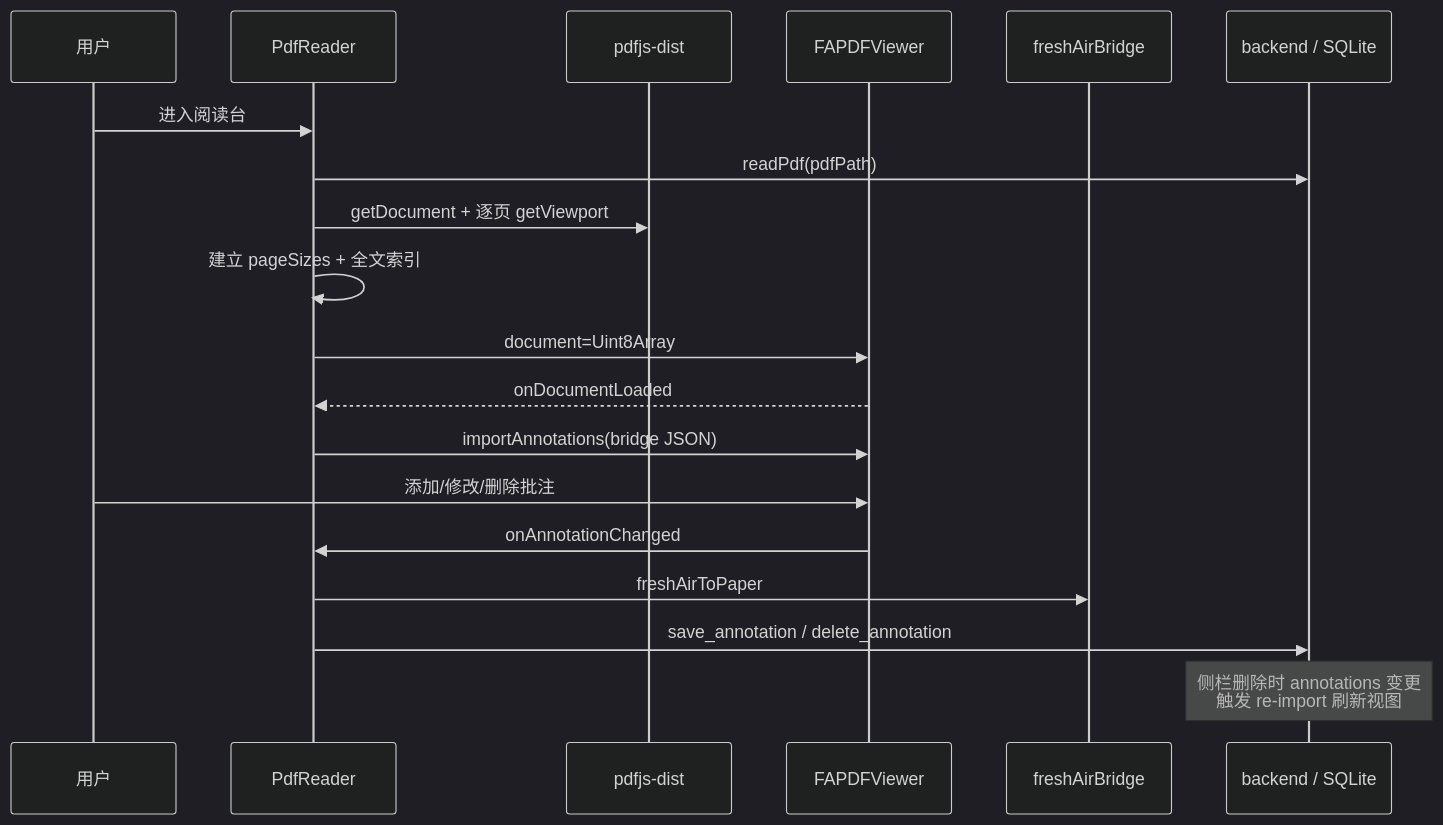
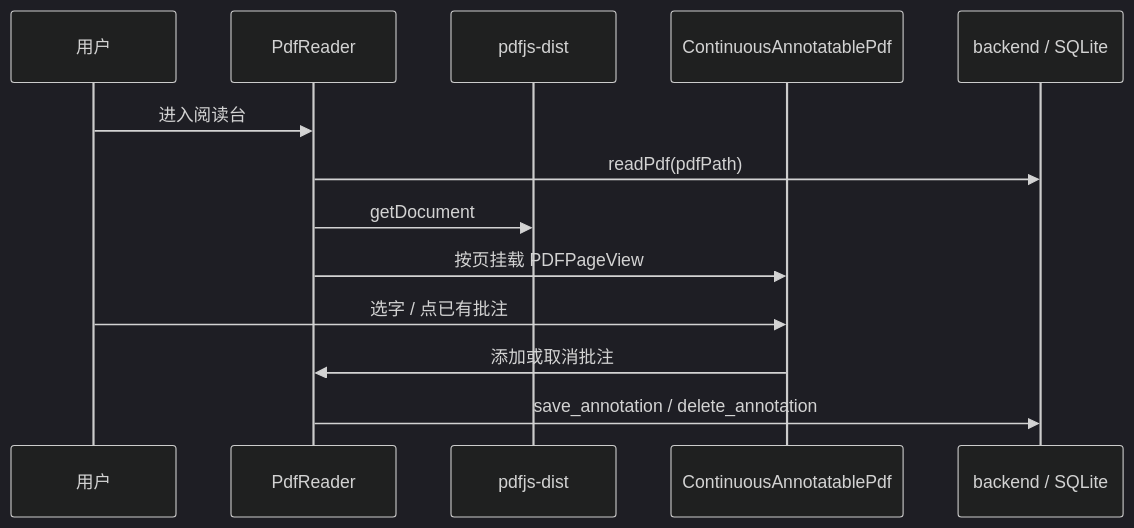
Before and after one commit to naipings/PaperNest: the fifth of 8 diagrams in docs/DEVELOPMENT.md, drawn with Mermaid (dark theme). The commit also changed other lines of this file and 55 other files, not shown here.

````diff
--- a/docs/DEVELOPMENT.md
+++ b/docs/DEVELOPMENT.md
@@ -132,22 +134,16 @@
 ```mermaid
 sequenceDiagram
   participant U as 用户
   participant PR as PdfReader
   participant PDFJS as pdfjs-dist
-  participant FAP as FAPDFViewer
-  participant BR as freshAirBridge
+  participant Page as ContinuousAnnotatablePdf
   participant BE as backend / SQLite
 
   U->>PR: 进入阅读台
   PR->>BE: readPdf(pdfPath)
-  PR->>PDFJS: getDocument + 逐页 getViewport
-  PR->>PR: 建立 pageSizes + 全文索引
-  PR->>FAP: document=Uint8Array
-  FAP-->>PR: onDocumentLoaded
-  PR->>FAP: importAnnotations(bridge JSON)
-  U->>FAP: 添加/修改/删除批注
-  FAP->>PR: onAnnotationChanged
-  PR->>BR: freshAirToPaper
+  PR->>PDFJS: getDocument
+  PR->>Page: 按页挂载 PDFPageView
+  U->>Page: 选字 / 点已有批注
+  Page->>PR: 添加或取消批注
   PR->>BE: save_annotation / delete_annotation
-  Note over BE: 侧栏删除时 annotations 变更<br/>触发 re-import 刷新视图
 ```
````
